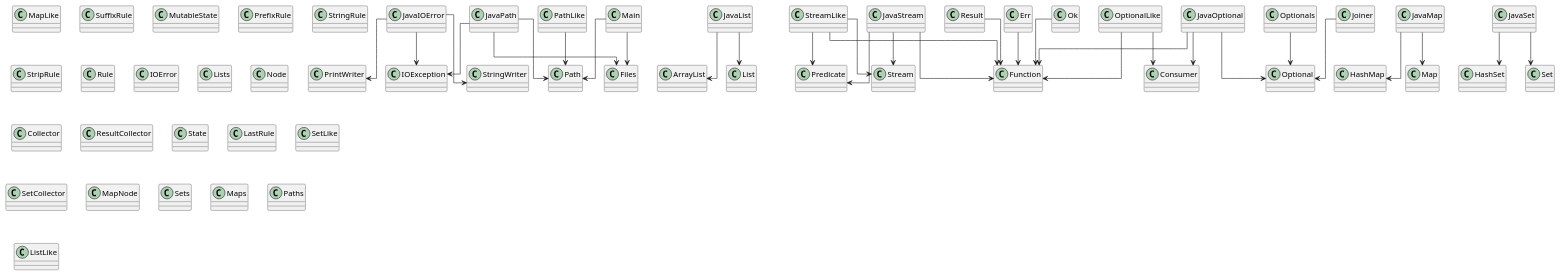
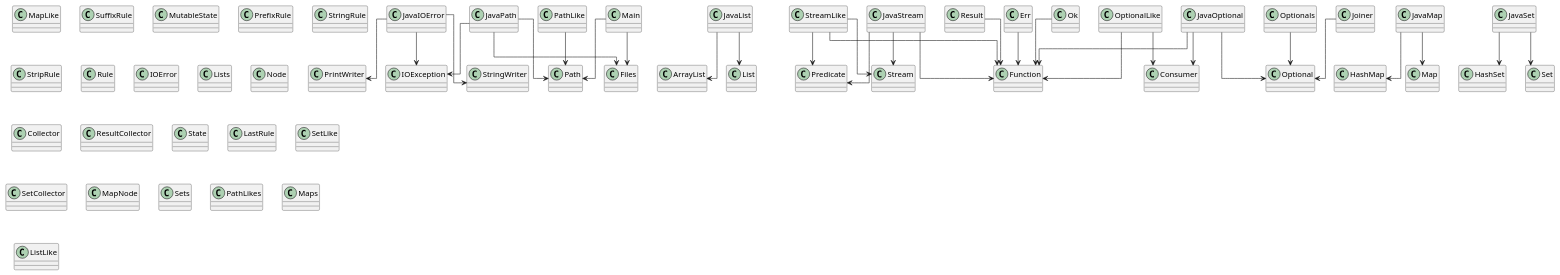
The diagram in diagram.puml (SirMathhman/Magma), drawn with PlantUML before and after one commit. The commit also changed 3 other files, not shown here.

```diff
--- a/diagram.puml
+++ b/diagram.puml
@@ -1,72 +1,72 @@
 @startuml
 skinparam linetype ortho
 class MapLike
 class SuffixRule
 class JavaIOError
 JavaIOError --> IOException
 JavaIOError --> PrintWriter
 JavaIOError --> StringWriter
 class JavaList
 JavaList --> ArrayList
 JavaList --> List
 class MutableState
 class StreamLike
 StreamLike --> Function
 StreamLike --> Predicate
 StreamLike --> Stream
 class PrefixRule
 class PathLike
 PathLike --> Path
 class StringRule
 class StripRule
 class Joiner
 Joiner --> Optional
 class Rule
 class IOError
 class Lists
 class JavaPath
 JavaPath --> IOException
 JavaPath --> Files
 JavaPath --> Path
 class Node
 class Collector
 class OptionalLike
 OptionalLike --> Consumer
 OptionalLike --> Function
 class ResultCollector
 class State
 class Result
 Result --> Function
 class JavaMap
 JavaMap --> HashMap
 JavaMap --> Map
 class JavaStream
 JavaStream --> Function
 JavaStream --> Predicate
 JavaStream --> Stream
 class Ok
 Ok --> Function
 class LastRule
 class SetLike
 class JavaSet
 JavaSet --> HashSet
 JavaSet --> Set
 class SetCollector
 class Err
 Err --> Function
 class MapNode
 class Sets
+class PathLikes
 class Main
 Main --> Files
 Main --> Path
 class Optionals
 Optionals --> Optional
 class Maps
-class Paths
 class ListLike
 class JavaOptional
 JavaOptional --> Optional
 JavaOptional --> Consumer
 JavaOptional --> Function
 
 @enduml
```
